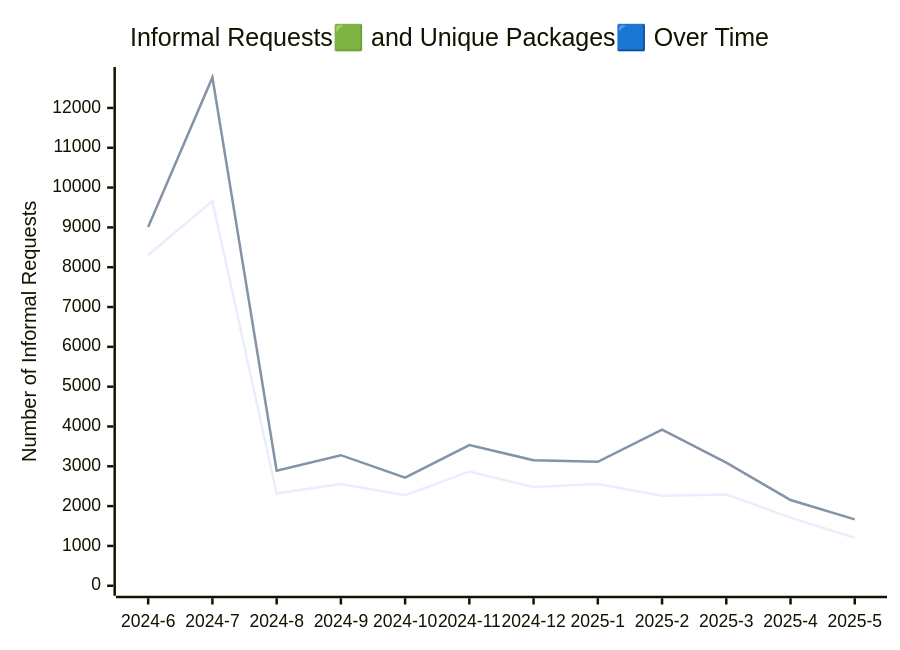
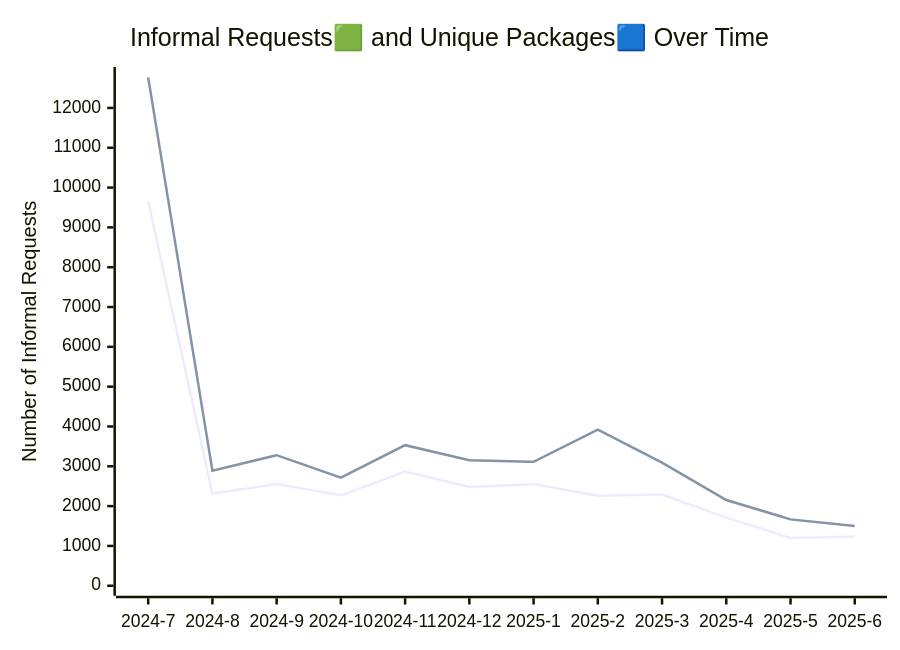
The diagram in ATI_INFORMAL_REPORT/readme.md (PatLittle/analytics-corporate-reporting), drawn with Mermaid before and after one commit. The commit also changed other lines of this file and 5 other files, not shown here.

````diff
--- a/ATI_INFORMAL_REPORT/readme.md
+++ b/ATI_INFORMAL_REPORT/readme.md
@@ -4,11 +4,11 @@
 ```mermaid
 
 xychart-beta
     title "Informal Requests🟩 and Unique Packages🟦 Over Time"
-    x-axis [2024-6, 2024-7, 2024-8, 2024-9, 2024-10, 2024-11, 2024-12, 2025-1, 2025-2, 2025-3, 2025-4, 2025-5]
+    x-axis [2024-7, 2024-8, 2024-9, 2024-10, 2024-11, 2024-12, 2025-1, 2025-2, 2025-3, 2025-4, 2025-5, 2025-6]
     y-axis "Unique Packages" 0 --> 10096
     y-axis "Number of Informal Requests" 0 --> 12777
 
-    line [8306, 9660, 2315, 2553, 2273, 2871, 2479, 2555, 2263, 2292, 1711, 1202]
-    line [9011, 12767, 2892, 3279, 2715, 3531, 3152, 3112, 3920, 3092, 2153, 1667]
+    line [9660, 2315, 2553, 2271, 2870, 2479, 2555, 2263, 2291, 1711, 1202, 1240]
+    line [12767, 2892, 3279, 2713, 3530, 3152, 3112, 3920, 3091, 2153, 1667, 1499]
 ```
````
